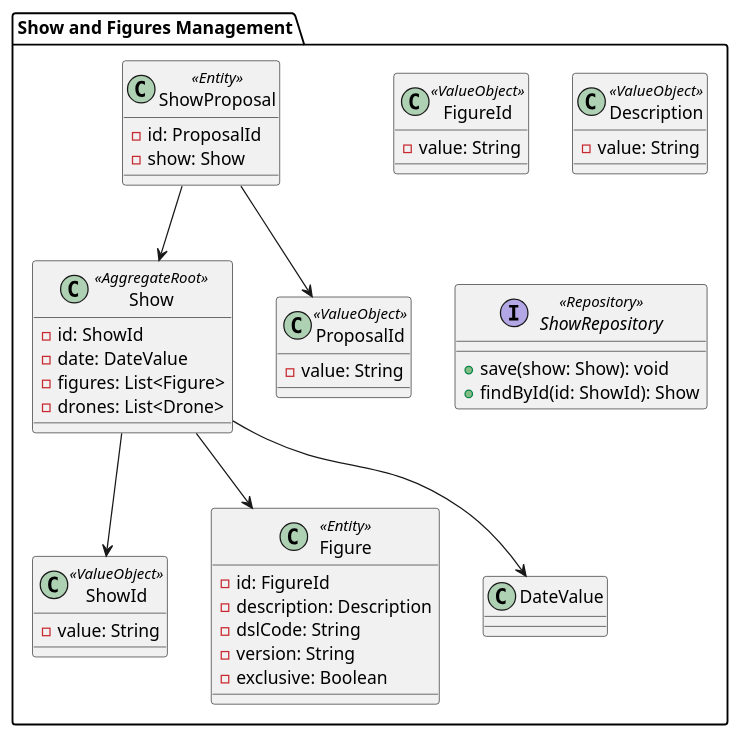
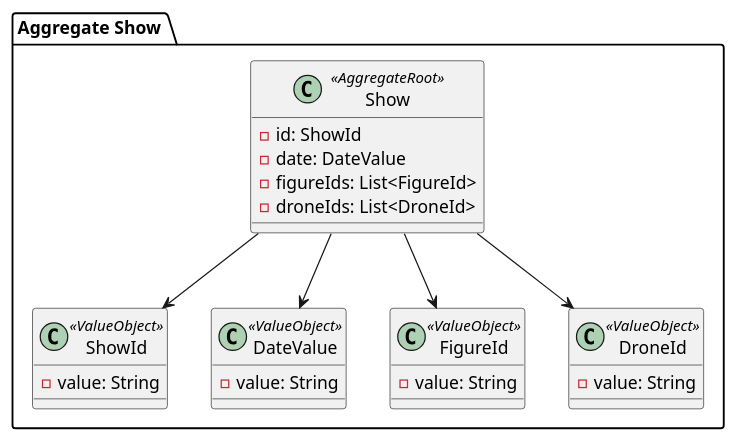
One commit to HenriqueSilva18/Drone-Show-Management-System changed the diagram in docs/us_110/subDomains/domains/aggregate_show.puml. Above: the diagram before and after it, drawn with PlantUML. The commit also changed 9 other files, not shown here.

```diff
--- a/docs/us_110/subDomains/domains/aggregate_show.puml
+++ b/docs/us_110/subDomains/domains/aggregate_show.puml
@@ -1,50 +1,35 @@
 @startuml
-package "Show and Figures Management" {
-    ' Agregado Show que representa um show com drones
+package "Aggregate Show " {
+
+    ' Agregado Show (Aggregate Root)
     class Show <<AggregateRoot>> {
-       - id: ShowId
-       - date: DateValue
-       - figures: List<Figure>
-       - drones: List<Drone>
-    }
-    class ShowId <<ValueObject>> {
-       - value: String
+        - id: ShowId
+        - date: DateValue
+        - figureIds: List<FigureId>
+        - droneIds: List<DroneId>
     }
 
-    ' Figura, parte constitutiva do show
-    class Figure <<Entity>> {
-       - id: FigureId
-       - description: Description
-       - dslCode: String
-       - version: String
-       - exclusive: Boolean
-    }
-    class FigureId <<ValueObject>> {
-       - value: String
-    }
-    class Description <<ValueObject>> {
-       - value: String
+    ' Value Objects relacionados
+    class ShowId <<ValueObject>> {
+        - value: String
     }
 
-    ' Proposta de show enviada ao cliente
-    class ShowProposal <<Entity>> {
-       - id: ProposalId
-       - show: Show
-    }
-    class ProposalId <<ValueObject>> {
-       - value: String
+    class DateValue <<ValueObject>> {
+        - value: String
     }
 
-    ' Repositório para acesso aos shows
-    interface ShowRepository <<Repository>> {
-       + save(show: Show): void
-       + findById(id: ShowId): Show
+    class FigureId <<ValueObject>> {
+        - value: String
     }
 
+    class DroneId <<ValueObject>> {
+        - value: String
+    }
+
+    ' Ligações
     Show --> ShowId
     Show --> DateValue
-    Show --> Figure
-    ShowProposal --> ProposalId
-    ShowProposal --> Show
+    Show --> FigureId
+    Show --> DroneId
 }
 @enduml
```
